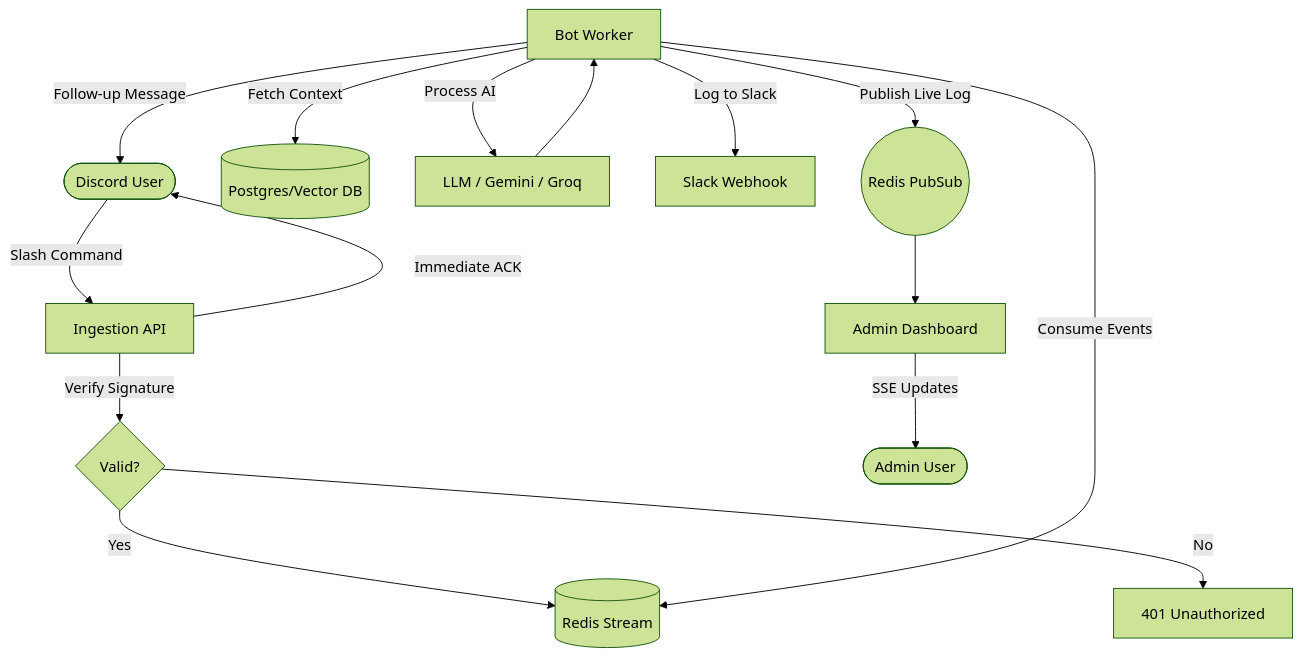
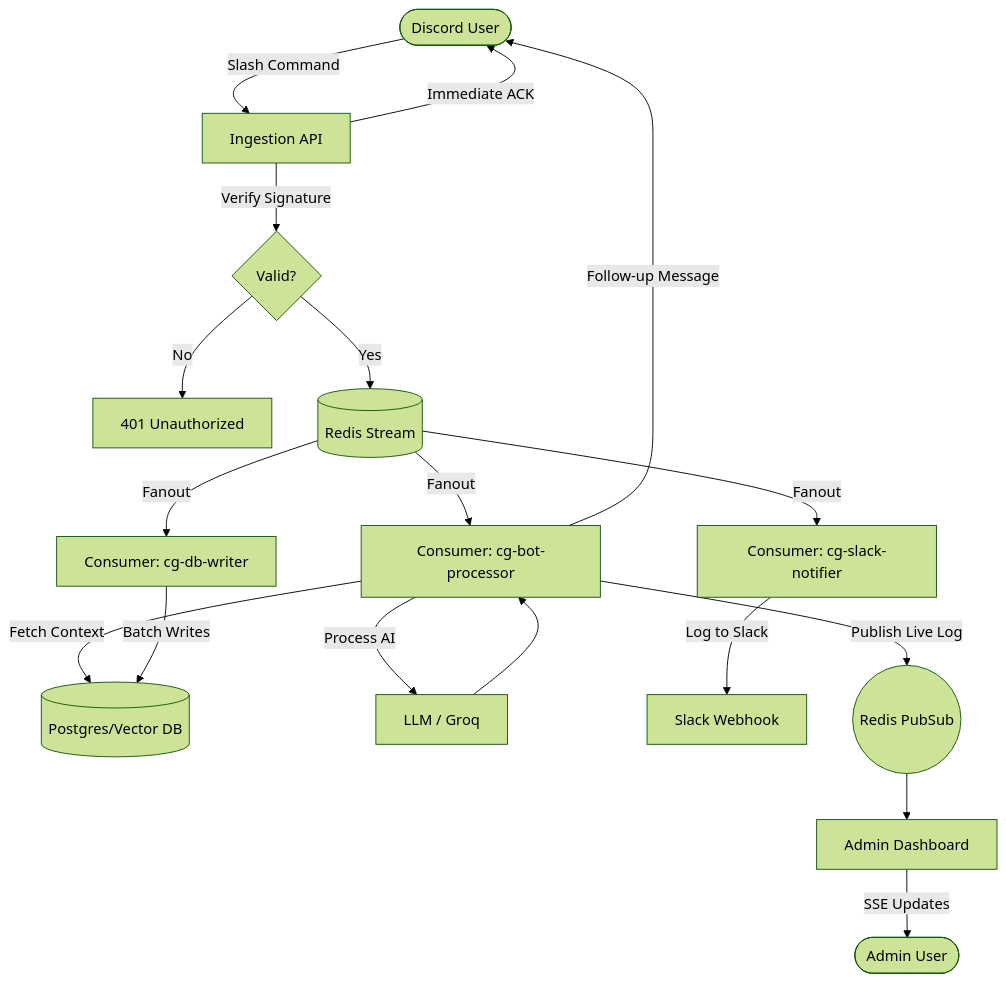
One commit to bhatvinay7/autobot changed the diagram in README.md. Above: the diagram before and after it, drawn with Mermaid (forest theme). The commit also changed 5 other files, not shown here.

Commit message:
feat: implement 3-consumer-group fanout architecture and update diagram

````diff
--- a/README.md
+++ b/README.md
@@ -7,19 +7,25 @@
 ```mermaid
 flowchart TD
     User([Discord User]) -->|Slash Command| Ingestion[Ingestion API]
     Ingestion -->|Verify Signature| IsValid{Valid?}
     IsValid -->|No| Reject[401 Unauthorized]
     IsValid -->|Yes| Stream[(Redis Stream)]
     Ingestion -->|Immediate ACK| User
     
-    Worker[Bot Worker] -->|Consume Events| Stream
-    Worker -->|Fetch Context| DB[(Postgres/Vector DB)]
-    Worker -->|Process AI| AI[LLM / Gemini / Groq]
-    AI --> Worker
-    Worker -->|Follow-up Message| User
-    Worker -->|Log to Slack| Slack[Slack Webhook]
+    Stream -->|Fanout| CGBot[Consumer: cg-bot-processor]
+    Stream -->|Fanout| CGSlack[Consumer: cg-slack-notifier]
+    Stream -->|Fanout| CGDB[Consumer: cg-db-writer]
+
+    CGBot -->|Fetch Context| DB[(Postgres/Vector DB)]
+    CGBot -->|Process AI| AI[LLM / Groq]
+    AI --> CGBot
+    CGBot -->|Follow-up Message| User
     
-    Worker -->|Publish Live Log| PubSub((Redis PubSub))
+    CGSlack -->|Log to Slack| Slack[Slack Webhook]
+    
+    CGDB -->|Batch Writes| DB
+    
+    CGBot -->|Publish Live Log| PubSub((Redis PubSub))
     PubSub --> Dashboard[Admin Dashboard]
     Dashboard -->|SSE Updates| Admin([Admin User])
 ```
````
